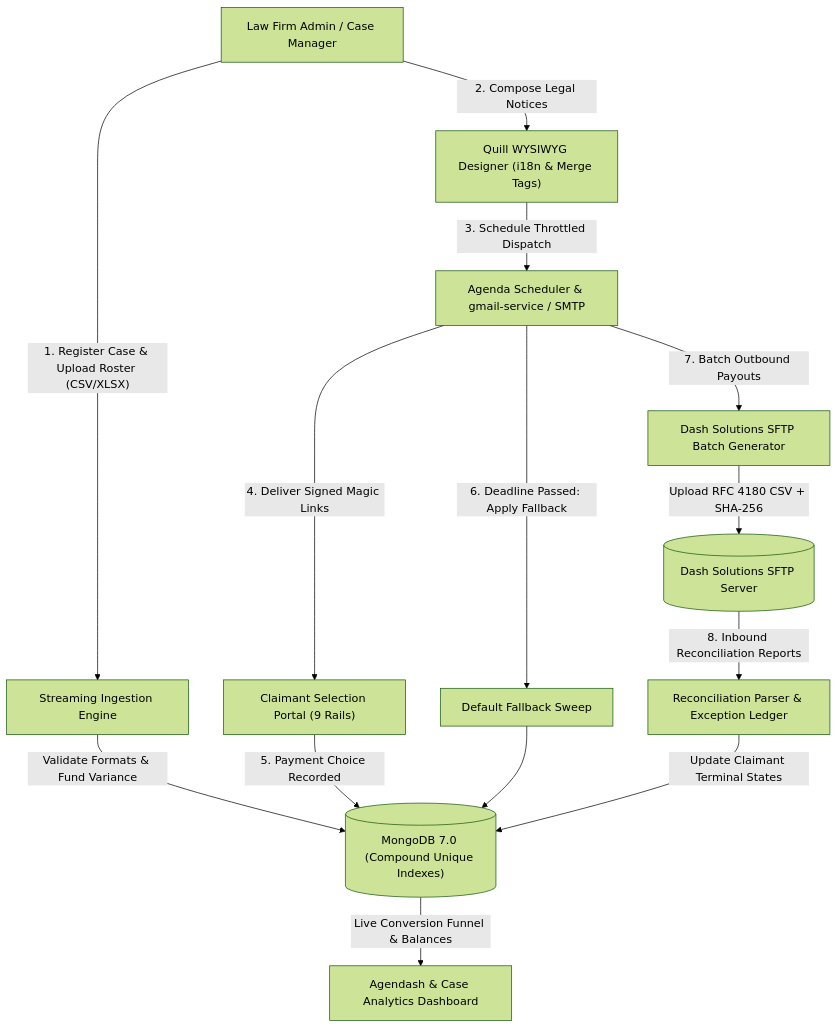
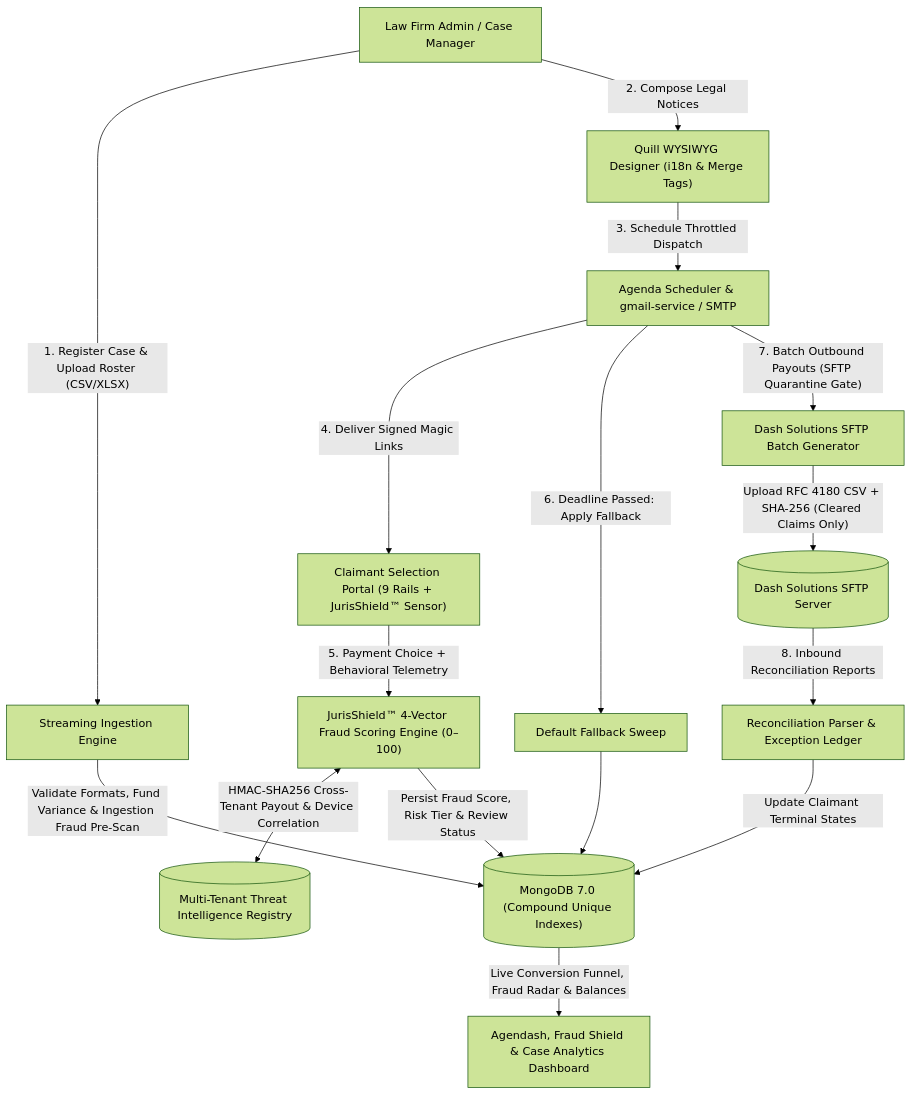
The diagram in README.md (rbaindourov/juris-banking-settlement-payment-automation), drawn with Mermaid (forest theme) before and after one commit. The commit also changed other lines of this file and 29 other files, not shown here.

First line of the commit message:
feat(fraud-shield): implement JurisShield multi-tenant fraud monitoring, real-time scanning metrics, and claimant fraud scoring

````diff
--- a/README.md
+++ b/README.md
@@ -22,16 +22,18 @@
 ```mermaid
 flowchart TD
     A["Law Firm Admin / Case Manager"] -->|"1. Register Case & Upload Roster (CSV/XLSX)"| B["Streaming Ingestion Engine"]
-    B -->|"Validate Formats & Fund Variance"| C[("MongoDB 7.0 (Compound Unique Indexes)")]
+    B -->|"Validate Formats, Fund Variance & Ingestion Fraud Pre-Scan"| C[("MongoDB 7.0 (Compound Unique Indexes)")]
     A -->|"2. Compose Legal Notices"| D["Quill WYSIWYG Designer (i18n & Merge Tags)"]
     D -->|"3. Schedule Throttled Dispatch"| E["Agenda Scheduler & gmail-service / SMTP"]
-    E -->|"4. Deliver Signed Magic Links"| F["Claimant Selection Portal (9 Rails)"]
-    F -->|"5. Payment Choice Recorded"| C
+    E -->|"4. Deliver Signed Magic Links"| F["Claimant Selection Portal (9 Rails + JurisShield™ Sensor)"]
+    F -->|"5. Payment Choice + Behavioral Telemetry"| L["JurisShield™ 4-Vector Fraud Scoring Engine (0–100)"]
+    L <-->|"HMAC-SHA256 Cross-Tenant Payout & Device Correlation"| M[("Multi-Tenant Threat Intelligence Registry")]
+    L -->|"Persist Fraud Score, Risk Tier & Review Status"| C
     E -->|"6. Deadline Passed: Apply Fallback"| G["Default Fallback Sweep"]
     G --> C
-    E -->|"7. Batch Outbound Payouts"| H["Dash Solutions SFTP Batch Generator"]
-    H -->|"Upload RFC 4180 CSV + SHA-256"| I[("Dash Solutions SFTP Server")]
+    E -->|"7. Batch Outbound Payouts (SFTP Quarantine Gate)"| H["Dash Solutions SFTP Batch Generator"]
+    H -->|"Upload RFC 4180 CSV + SHA-256 (Cleared Claims Only)"| I[("Dash Solutions SFTP Server")]
     I -->|"8. Inbound Reconciliation Reports"| J["Reconciliation Parser & Exception Ledger"]
     J -->|"Update Claimant Terminal States"| C
-    C -->|"Live Conversion Funnel & Balances"| K["Agendash & Case Analytics Dashboard"]
+    C -->|"Live Conversion Funnel, Fraud Radar & Balances"| K["Agendash, Fraud Shield & Case Analytics Dashboard"]
 ```
````
